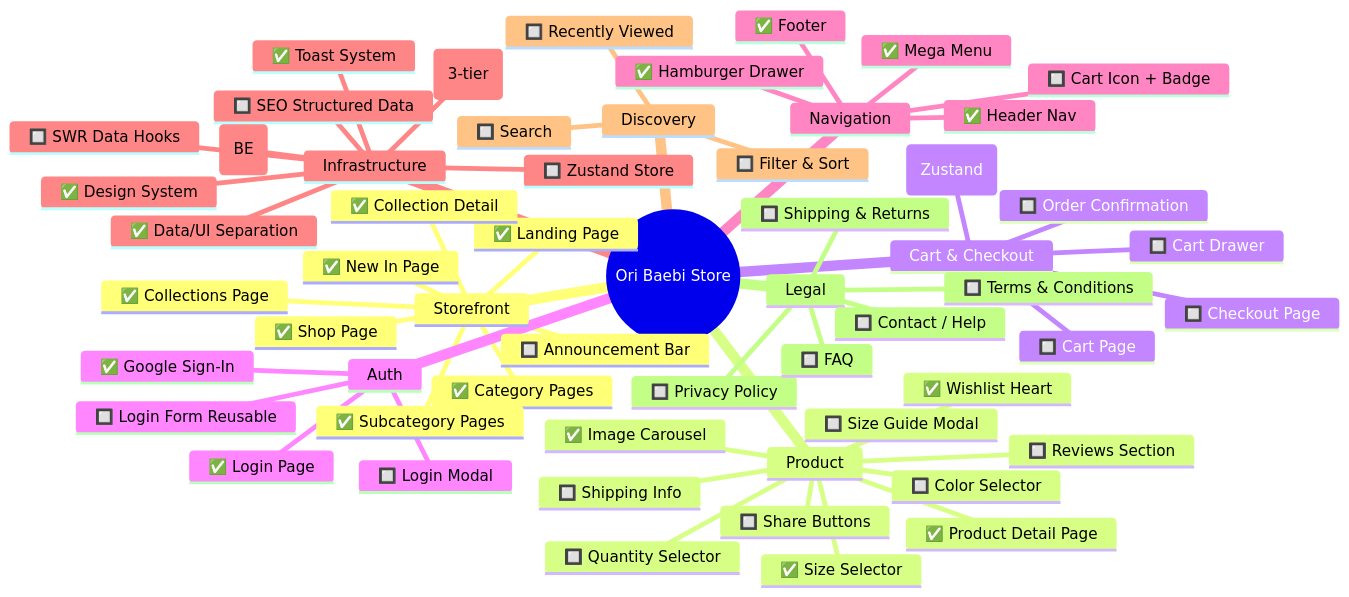
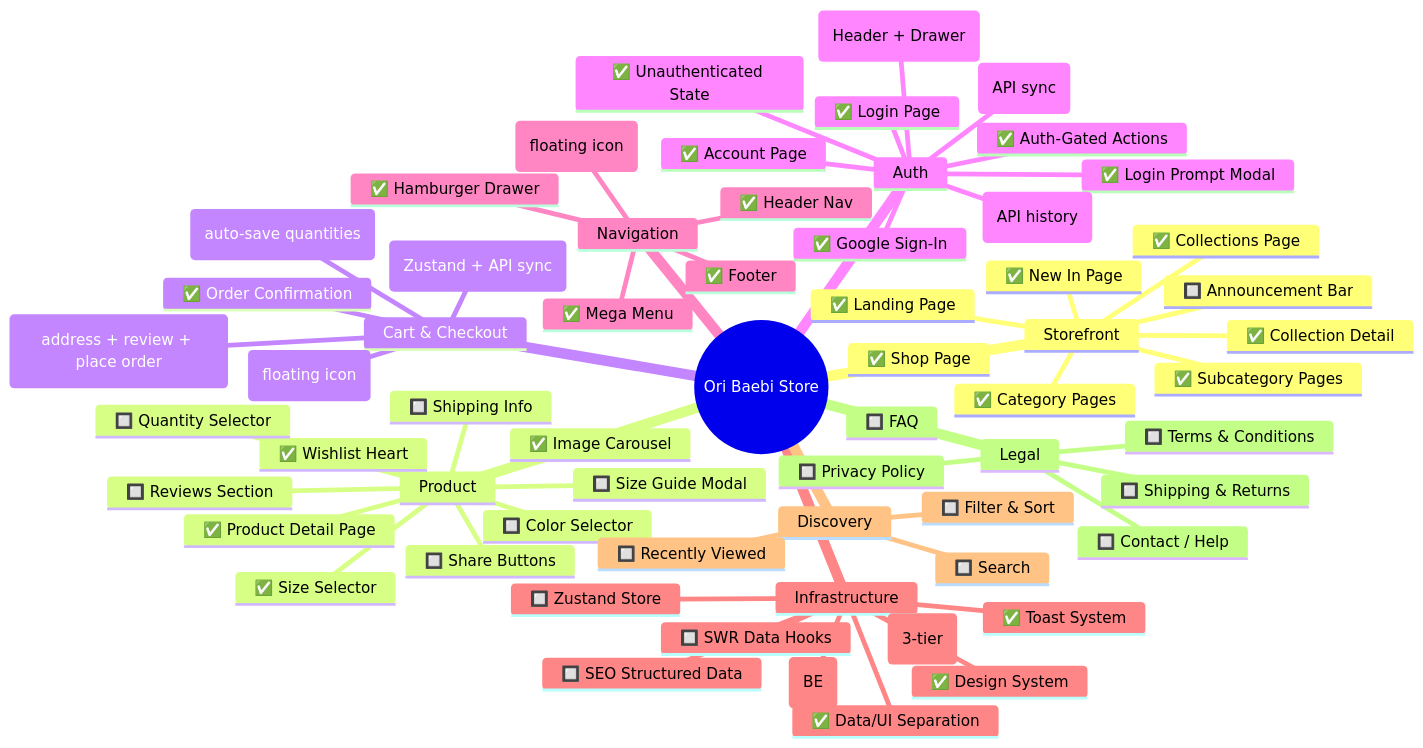
Before and after one commit to qhoangfmsc/clothes-shop: the second of 3 diagrams in docs/PROGRESS.md, drawn with Mermaid. The commit also changed other lines of this file and 42 other files, not shown here.

````diff
--- a/docs/PROGRESS.md
+++ b/docs/PROGRESS.md
@@ -153,60 +153,65 @@
 ```mermaid
 mindmap
   root((Ori Baebi Store))
     Storefront
       ✅ Landing Page
       ✅ Shop Page
       ✅ Category Pages
       ✅ Subcategory Pages
       ✅ New In Page
       ✅ Collections Page
       ✅ Collection Detail
       🔲 Announcement Bar
     Product
       ✅ Product Detail Page
       ✅ Image Carousel
       ✅ Size Selector
       ✅ Wishlist Heart
       🔲 Color Selector
       🔲 Quantity Selector
       🔲 Size Guide Modal
       🔲 Reviews Section
       🔲 Shipping Info
       🔲 Share Buttons
     Cart & Checkout
-      🔲 Cart Provider (Zustand)
-      🔲 Cart Drawer
-      🔲 Cart Page
-      🔲 Checkout Page
-      🔲 Order Confirmation
+      ✅ Cart Store (Zustand + API sync)
+      ✅ Cart Page (auto-save quantities)
+      ✅ Cart FAB (floating icon)
+      ✅ Checkout Flow (address + review + place order)
+      ✅ Order Confirmation
     Auth
       ✅ Login Page
       ✅ Google Sign-In
-      🔲 Login Form Reusable
-      🔲 Login Modal
+      ✅ User Menu (Header + Drawer)
+      ✅ Account Page
+      ✅ Unauthenticated State
+      ✅ Login Prompt Modal
+      ✅ Auth-Gated Actions
+      ✅ Wishlist Page (API sync)
+      ✅ Orders Page (API history)
     Navigation
       ✅ Header Nav
       ✅ Mega Menu
       ✅ Hamburger Drawer
       ✅ Footer
-      🔲 Cart Icon + Badge
+      ✅ Cart FAB (floating icon)
     Infrastructure
       ✅ Design System
       ✅ Toast System
       ✅ API Routes (BE)
       ✅ Data/UI Separation
       🔲 Loading System (3-tier)
       🔲 Zustand Store
       🔲 SWR Data Hooks
       🔲 SEO Structured Data
     Discovery
       🔲 Search
       🔲 Filter & Sort
       🔲 Recently Viewed
     Legal
       🔲 Privacy Policy
       🔲 Terms & Conditions
       🔲 Shipping & Returns
       🔲 Contact / Help
       🔲 FAQ
 ```
````
